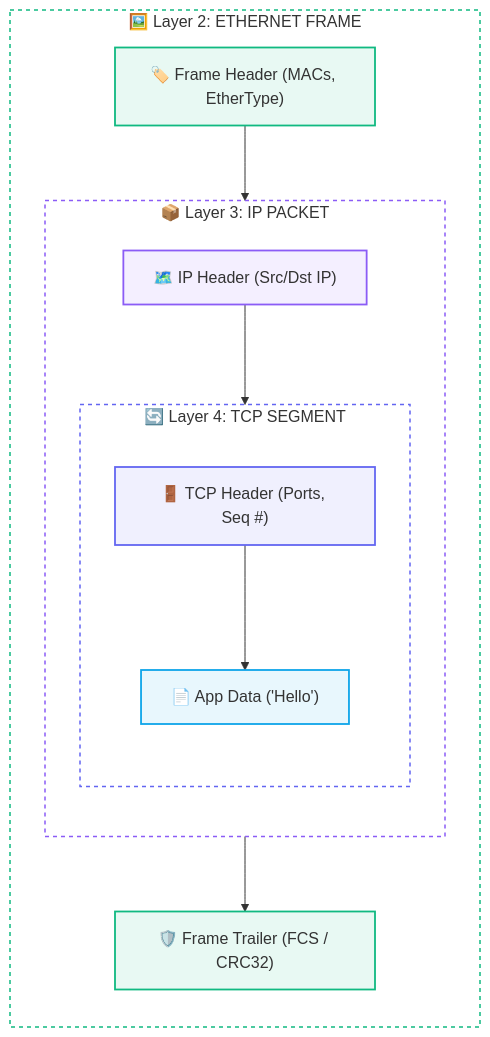
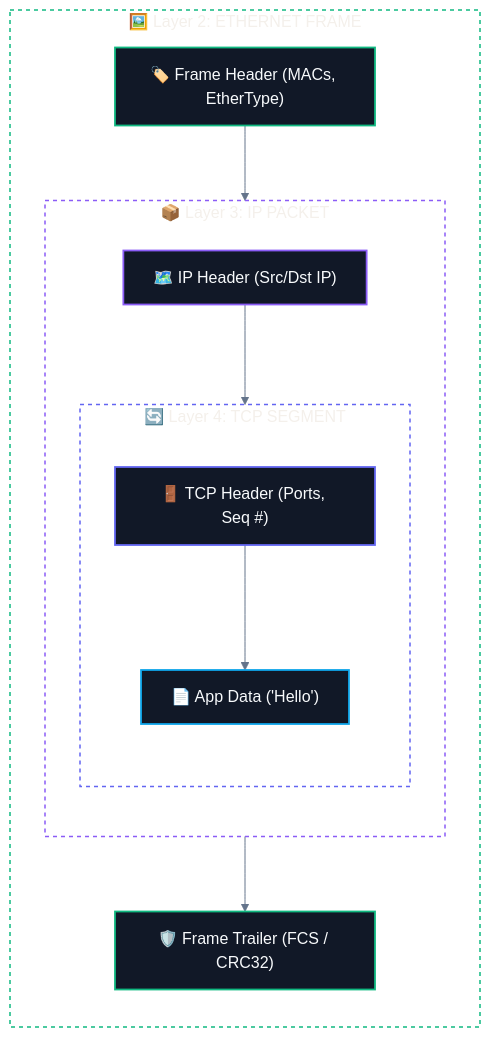
One commit to abhinavbharti2345/CS_Notes changed the second of 4 diagrams in CS/Computer Networking/02. Data Flow & Encapsulation/03. Data Units - Segment, Packet, Frame, Bits.md. Above: the diagram before and after it, drawn with Mermaid. The commit also changed other lines of this file and 195 other files, not shown here.

````diff
--- a/CS/Computer Networking/02. Data Flow & Encapsulation/03. Data Units - Segment, Packet, Frame, Bits.md
+++ b/CS/Computer Networking/02. Data Flow & Encapsulation/03. Data Units - Segment, Packet, Frame, Bits.md
@@ -62,34 +63,35 @@
 ```mermaid
+%%{init: {'theme': 'base', 'themeVariables': { 'darkMode': true, 'background': '#0B0F14', 'mainBkg': '#111827', 'primaryColor': '#111827', 'primaryTextColor': '#F8FAFC', 'primaryBorderColor': '#38BDF8', 'lineColor': '#64748B', 'secondaryColor': '#0B0F14', 'tertiaryColor': '#0B0F14', 'clusterBkg': '#0B0F14', 'clusterBorder': '#38BDF8' }}}%%
 flowchart TD
     subgraph Frame ["🖼️ Layer 2: ETHERNET FRAME"]
         direction TD
         FH["🏷️ Frame Header (MACs, EtherType)"]
         subgraph Packet ["📦 Layer 3: IP PACKET"]
             direction TD
             IH["🗺️ IP Header (Src/Dst IP)"]
             subgraph Segment ["🔄 Layer 4: TCP SEGMENT"]
                 direction TD
                 TH["🚪 TCP Header (Ports, Seq #)"]
                 Data["📄 App Data ('Hello')"]
                 TH --> Data
             end
             IH --> Segment
         end
         FT["🛡️ Frame Trailer (FCS / CRC32)"]
         FH --> Packet --> FT
     end
 
     style Frame fill:none,stroke:#10b981,stroke-width:1.5px,stroke-dasharray:4 4
     style Packet fill:none,stroke:#8b5cf6,stroke-width:1.5px,stroke-dasharray:4 4
     style Segment fill:none,stroke:#6366f1,stroke-width:1.5px,stroke-dasharray:4 4
 
-    classDef f fill:#10b98118,stroke:#10b981,stroke-width:1.8px;
-    classDef p fill:#8b5cf618,stroke:#8b5cf6,stroke-width:1.8px;
-    classDef s fill:#6366f118,stroke:#6366f1,stroke-width:1.8px;
-    classDef d fill:#0ea5e918,stroke:#0ea5e9,stroke-width:1.8px;
+    classDef f fill:#111827,stroke:#10b981,stroke-width:1.8px,color:#F8FAFC;
+    classDef p fill:#111827,stroke:#8b5cf6,stroke-width:1.8px,color:#F8FAFC;
+    classDef s fill:#111827,stroke:#6366f1,stroke-width:1.8px,color:#F8FAFC;
+    classDef d fill:#111827,stroke:#0ea5e9,stroke-width:1.8px,color:#F8FAFC;
 
     class FH,FT f;
     class IH p;
     class TH s;
     class Data d;
 ```
````
